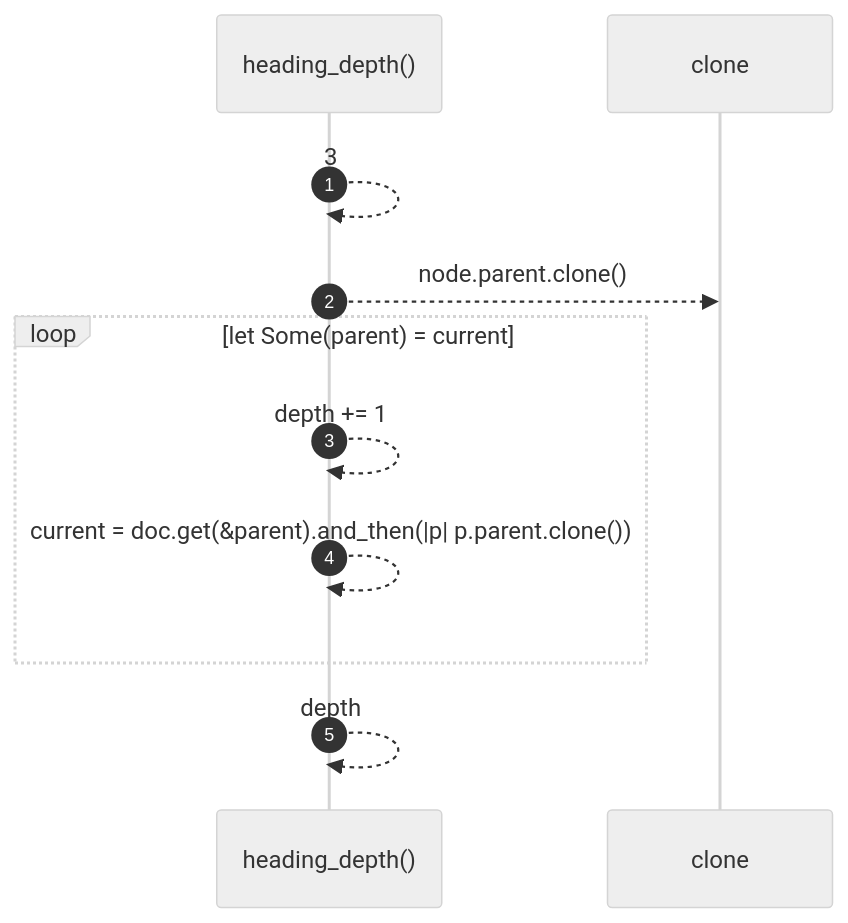
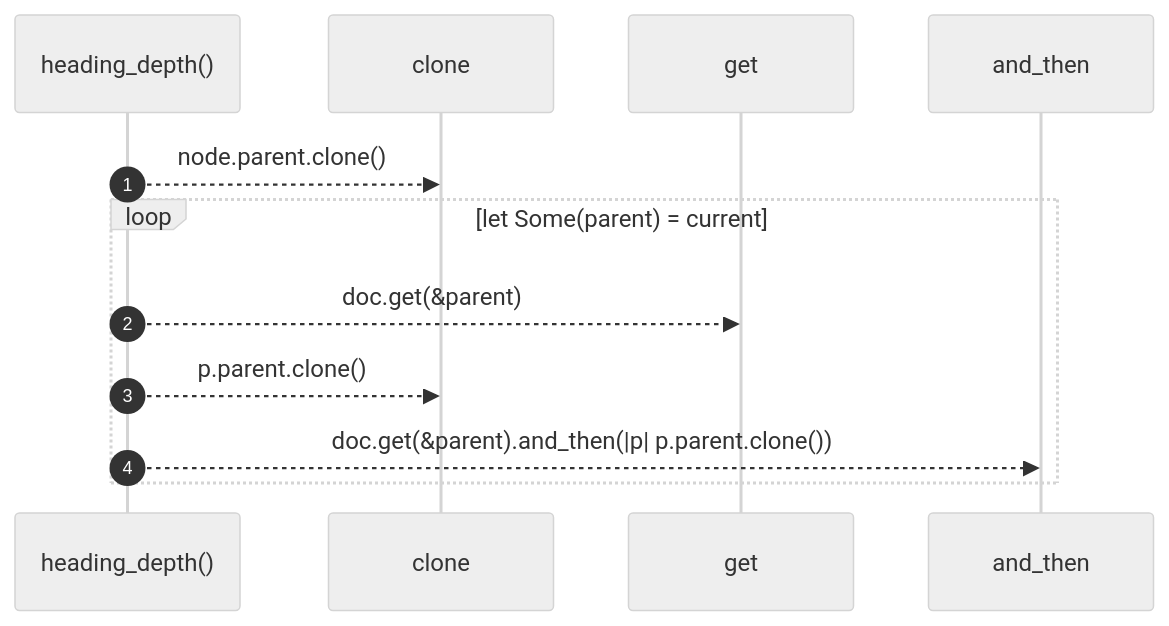
One commit to RyanGuild/self-describing-code changed the diagram in docs/self-model/robby_render/markdown/heading-depth.md. Above: the diagram before and after it, drawn with Mermaid (neutral theme). The commit also changed other lines of this file and 1404 other files, not shown here.

````diff
--- a/docs/self-model/robby_render/markdown/heading-depth.md
+++ b/docs/self-model/robby_render/markdown/heading-depth.md
@@ -24,13 +24,14 @@
 ```mermaid
 sequenceDiagram
     autonumber
     participant heading_depth as heading_depth()
     participant clone as clone
-    heading_depth-->>heading_depth: 3
+    participant get as get
+    participant and_then as and_then
     heading_depth-->>clone: node.parent.clone()
     loop let Some(parent) = current
-    heading_depth-->>heading_depth: depth += 1
-    heading_depth-->>heading_depth: current = doc.get(&parent).and_then(|p| p.parent.clone())
+    heading_depth-->>get: doc.get(&parent)
+    heading_depth-->>clone: p.parent.clone()
+    heading_depth-->>and_then: doc.get(&parent).and_then(|p| p.parent.clone())
     end
-    heading_depth-->>heading_depth: depth
 ```
````
